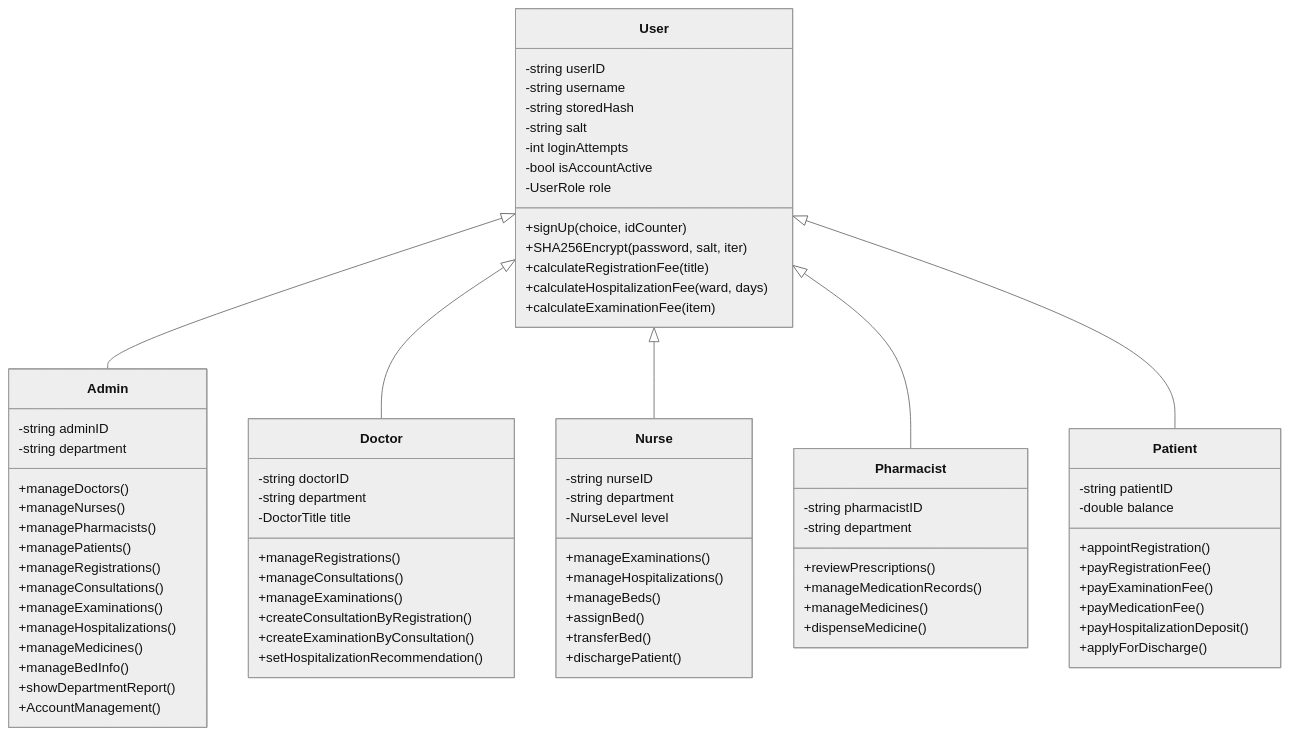
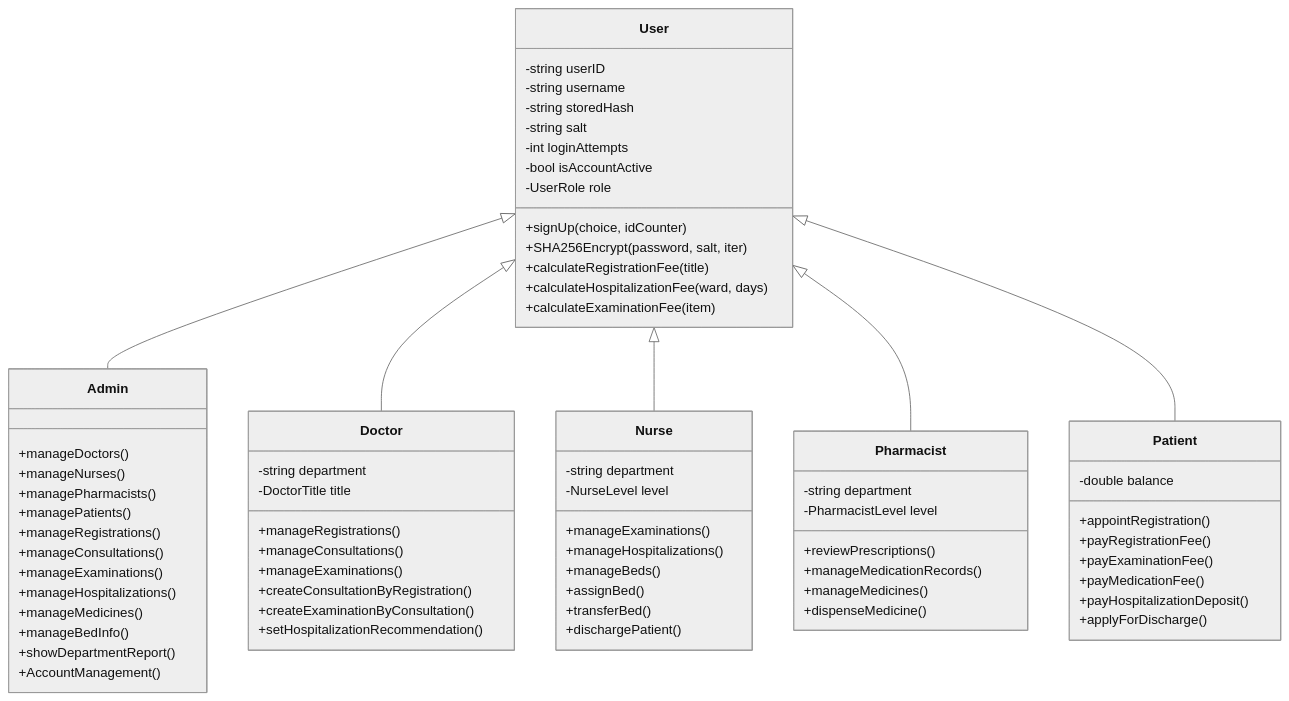
One commit to 4708gcy/HIS changed the first of 4 diagrams in Document/总结报告.md. Above: the diagram before and after it, drawn with Mermaid (neutral theme). The commit also changed other lines of this file and 5 other files, not shown here.

````diff
--- a/Document/总结报告.md
+++ b/Document/总结报告.md
@@ -68,78 +79,73 @@
 ```mermaid
 classDiagram
     class User {
         -string userID
         -string username
         -string storedHash
         -string salt
         -int loginAttempts
         -bool isAccountActive
         -UserRole role
         +signUp(choice, idCounter)
         +SHA256Encrypt(password, salt, iter)
         +calculateRegistrationFee(title)
         +calculateHospitalizationFee(ward, days)
         +calculateExaminationFee(item)
     }
     class Admin {
-        -string adminID
-        -string department
         +manageDoctors()
         +manageNurses()
         +managePharmacists()
         +managePatients()
         +manageRegistrations()
         +manageConsultations()
         +manageExaminations()
         +manageHospitalizations()
         +manageMedicines()
         +manageBedInfo()
         +showDepartmentReport()
         +AccountManagement()
     }
     class Doctor {
-        -string doctorID
         -string department
         -DoctorTitle title
         +manageRegistrations()
         +manageConsultations()
         +manageExaminations()
         +createConsultationByRegistration()
         +createExaminationByConsultation()
         +setHospitalizationRecommendation()
     }
     class Nurse {
-        -string nurseID
         -string department
         -NurseLevel level
         +manageExaminations()
         +manageHospitalizations()
         +manageBeds()
         +assignBed()
         +transferBed()
         +dischargePatient()
     }
     class Pharmacist {
-        -string pharmacistID
         -string department
+        -PharmacistLevel level
         +reviewPrescriptions()
         +manageMedicationRecords()
         +manageMedicines()
         +dispenseMedicine()
     }
     class Patient {
-        -string patientID
         -double balance
         +appointRegistration()
         +payRegistrationFee()
         +payExaminationFee()
         +payMedicationFee()
         +payHospitalizationDeposit()
         +applyForDischarge()
     }
     User <|-- Admin
     User <|-- Doctor
     User <|-- Nurse
     User <|-- Pharmacist
     User <|-- Patient
 ```
````
